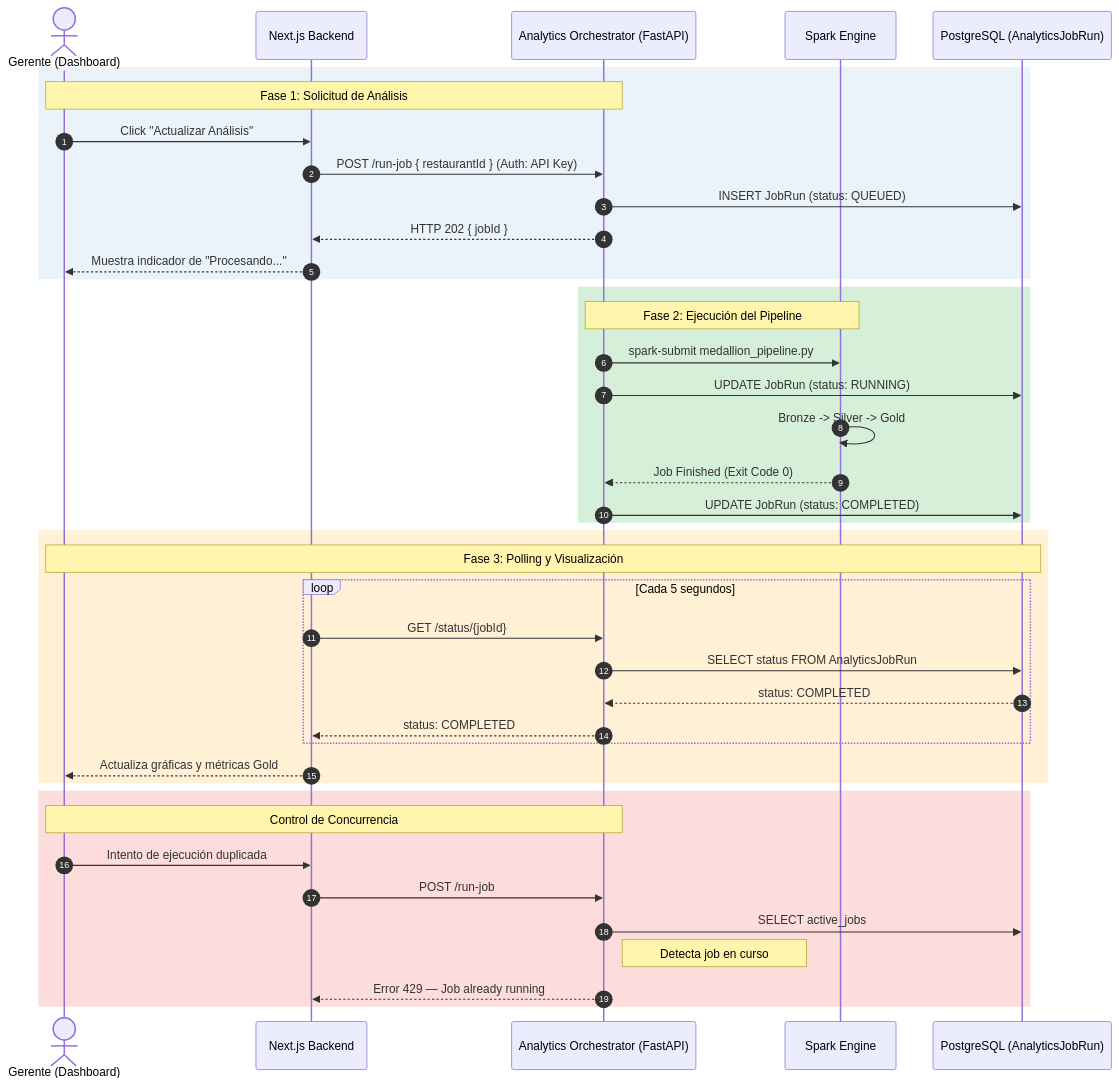
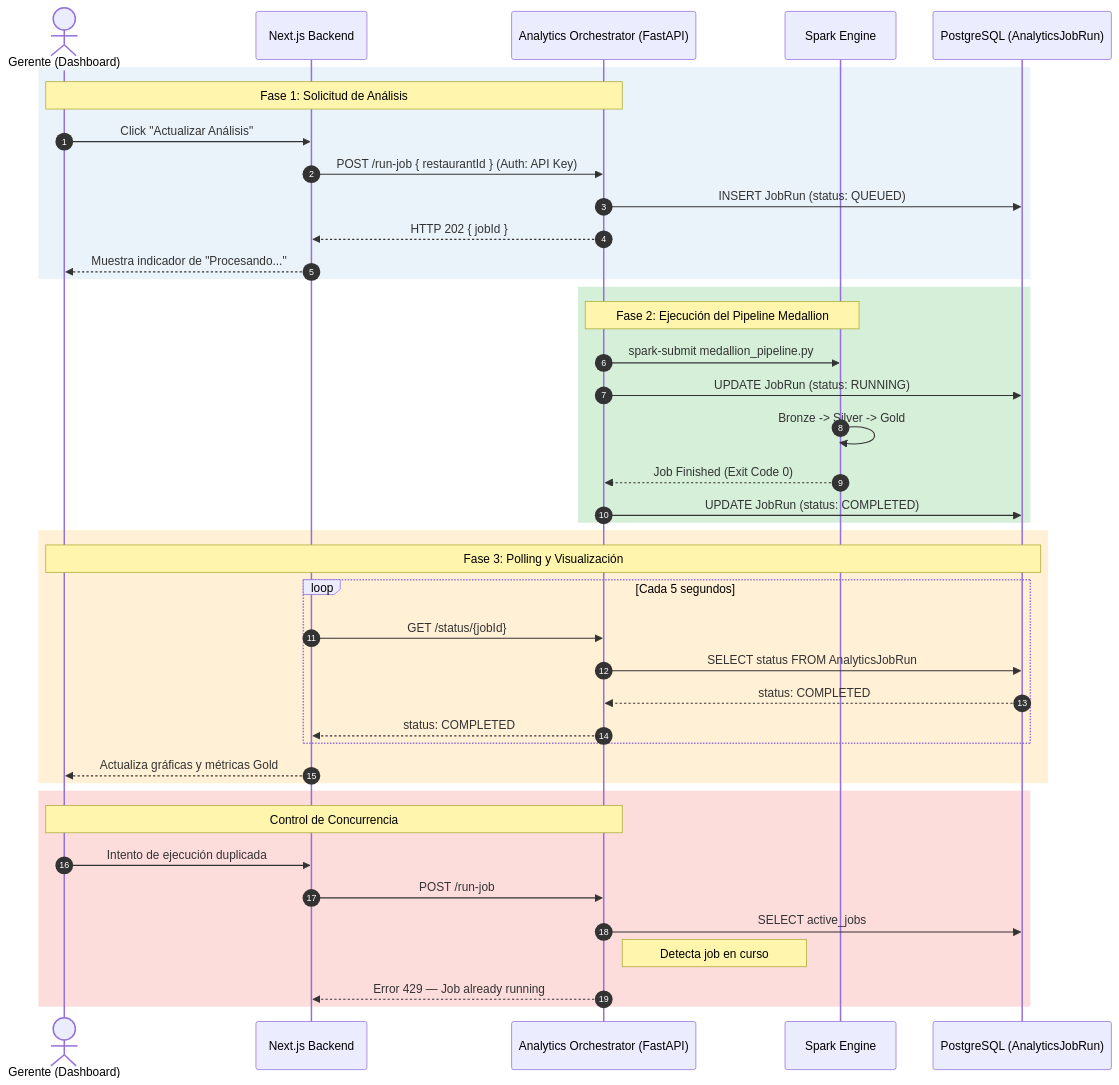
The diagram in docs/_assets/casos_uso/CU_13.mmd (dvillagrans/Bouquet), drawn with Mermaid before and after one commit. The commit also changed 27 other files, not shown here.

```diff
--- a/docs/_assets/casos_uso/CU_13.mmd
+++ b/docs/_assets/casos_uso/CU_13.mmd
@@ -1,47 +1,47 @@
 sequenceDiagram
     autonumber
     
     %% Color Palette
     actor G as Gerente (Dashboard)
     participant N as Next.js Backend
     participant O as Analytics Orchestrator (FastAPI)
     participant S as Spark Engine
     participant DB as PostgreSQL (AnalyticsJobRun)
 
     rect rgb(235, 243, 250)
         Note over G,O: Fase 1: Solicitud de Análisis
         G->>N: Click "Actualizar Análisis"
         N->>O: POST /run-job { restaurantId } (Auth: API Key)
         O->>DB: INSERT JobRun (status: QUEUED)
         O-->>N: HTTP 202 { jobId }
         N-->>G: Muestra indicador de "Procesando..."
     end
 
     rect rgb(214, 239, 216)
-        Note over O,S: Fase 2: Ejecución del Pipeline
+        Note over O,S: Fase 2: Ejecución del Pipeline Medallion
         O->>S: spark-submit medallion_pipeline.py
         O->>DB: UPDATE JobRun (status: RUNNING)
         S->>S: Bronze -> Silver -> Gold
         S-->>O: Job Finished (Exit Code 0)
         O->>DB: UPDATE JobRun (status: COMPLETED)
     end
 
     rect rgb(255, 240, 214)
         Note over G,DB: Fase 3: Polling y Visualización
         loop Cada 5 segundos
             N->>O: GET /status/{jobId}
             O->>DB: SELECT status FROM AnalyticsJobRun
             DB-->>O: status: COMPLETED
             O-->>N: status: COMPLETED
         end
         N-->>G: Actualiza gráficas y métricas Gold
     end
 
     rect rgb(253, 220, 220)
         Note over G,O: Control de Concurrencia
         G->>N: Intento de ejecución duplicada
         N->>O: POST /run-job
         O->>DB: SELECT active_jobs
         Note right of O: Detecta job en curso
         O-->>N: Error 429 — Job already running
     end
```
